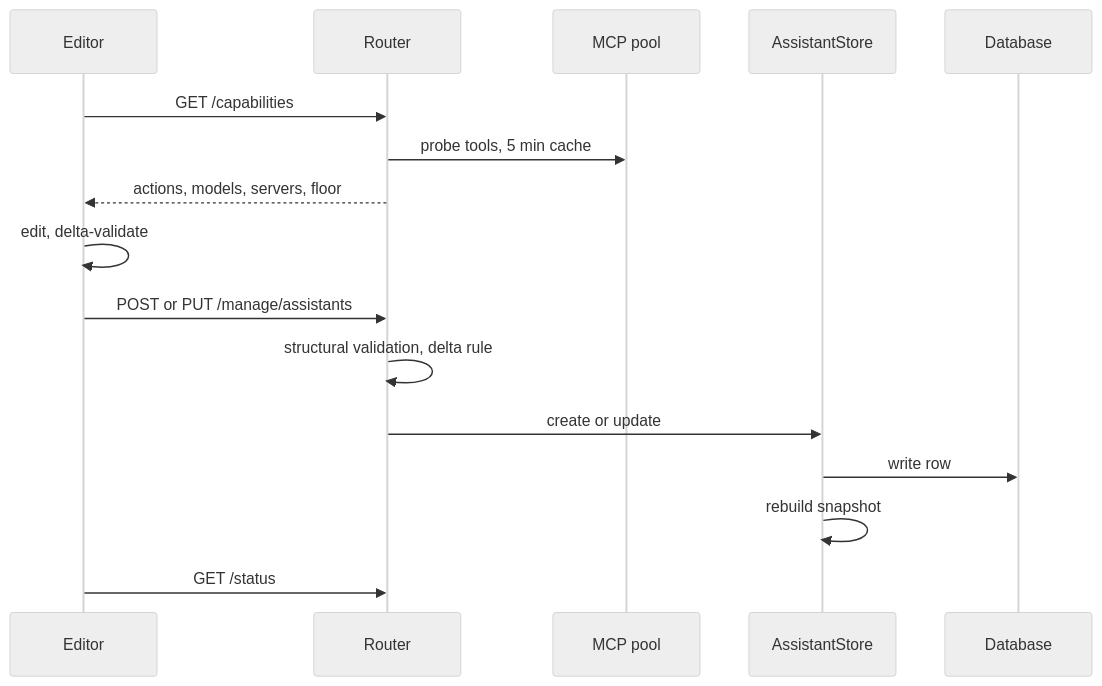
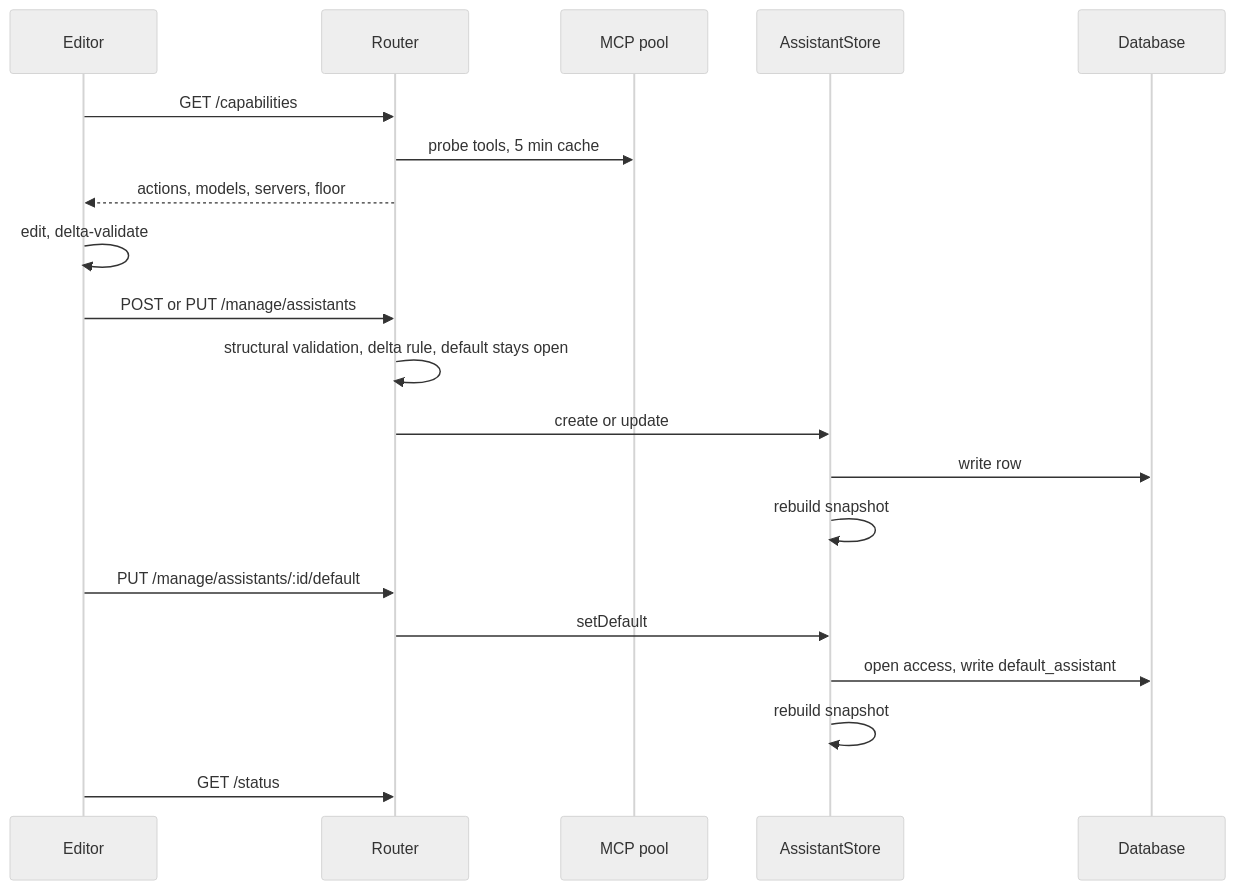
One commit to drewswiredin/backstage-assistants changed the seventh of 7 diagrams in docs/architecture.md. Above: the diagram before and after it, drawn with Mermaid (neutral theme). The commit also changed other lines of this file and 4 other files, not shown here.

Commit message:
docs: the default assistant and the panel across the architecture, READMEs, and images index

````diff
--- a/docs/architecture.md
+++ b/docs/architecture.md
@@ -441,18 +444,22 @@
 ```mermaid
 sequenceDiagram
   participant E as Editor
   participant R as Router
   participant M as MCP pool
   participant S as AssistantStore
   participant D as Database
   E->>R: GET /capabilities
   R->>M: probe tools, 5 min cache
   R-->>E: actions, models, servers, floor
   E->>E: edit, delta-validate
   E->>R: POST or PUT /manage/assistants
-  R->>R: structural validation, delta rule
+  R->>R: structural validation, delta rule, default stays open
   R->>S: create or update
   S->>D: write row
   S->>S: rebuild snapshot
+  E->>R: PUT /manage/assistants/:id/default
+  R->>S: setDefault
+  S->>D: open access, write default_assistant
+  S->>S: rebuild snapshot
   E->>R: GET /status
 ```
````
